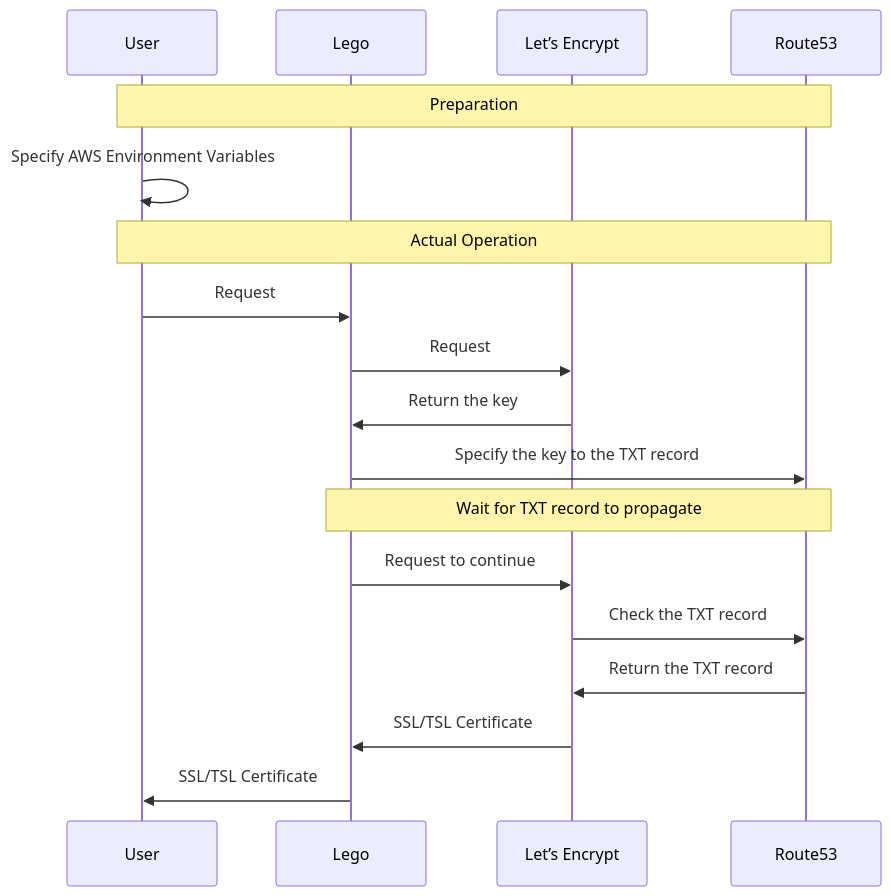
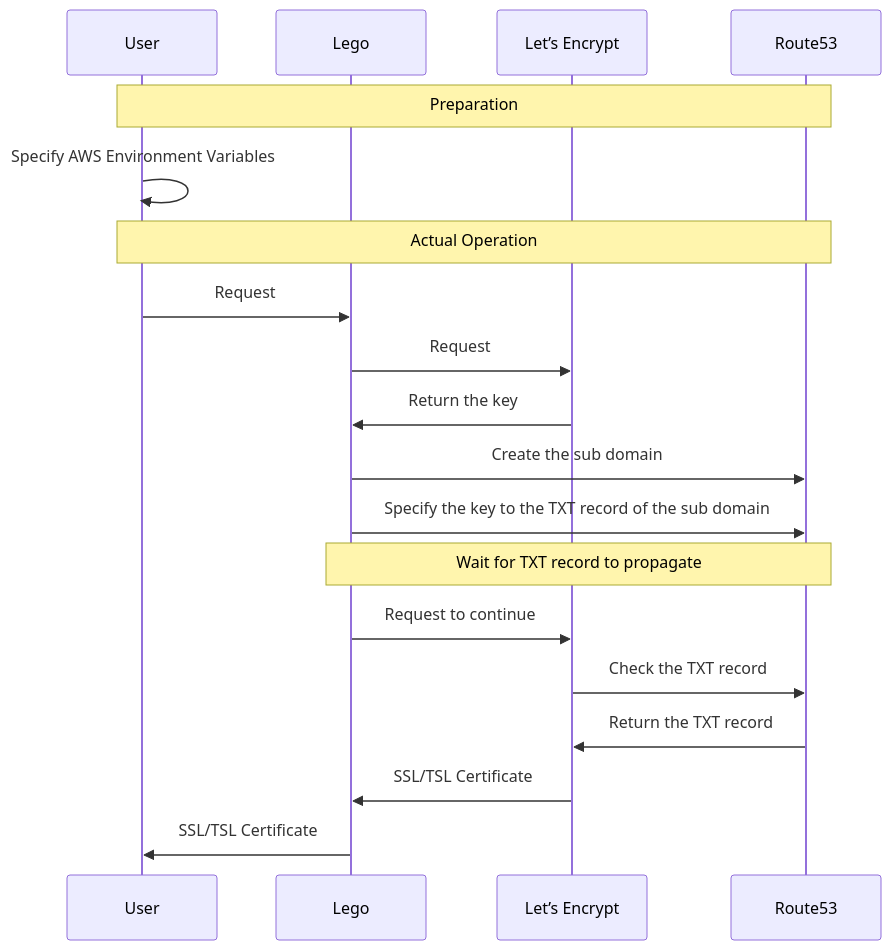
One commit to kazu634/blog changed the fourth of 4 diagrams in content/labs/infra/2019-04-14_how_to_use_Lego.md. Above: the diagram before and after it, drawn with Mermaid. The commit also changed other lines of this file, not shown here.

Commit message:
Add more detailed work flow

```diff
--- a/content/labs/infra/2019-04-14_how_to_use_Lego.md
+++ b/content/labs/infra/2019-04-14_how_to_use_Lego.md
@@ -186,22 +191,23 @@
 <div class="mermaid">
 sequenceDiagram
     participant User
     participant Lego
     participant Let’s Encrypt
     participant Route53
 
     note over User,Route53: Preparation
     User ->> User: Specify AWS Environment Variables
 
     note over User,Route53: Actual Operation
     User ->> Lego: Request
     Lego ->> Let’s Encrypt: Request
     Let’s Encrypt ->> Lego: Return the key
-    Lego ->> Route53: Specify the key to the TXT record
+    Lego ->> Route53: Create the sub domain
+    Lego ->> Route53: Specify the key to the TXT record of the sub domain
     note over Lego,Route53: Wait for TXT record to propagate
     Lego ->> Let’s Encrypt: Request to continue
     Let’s Encrypt ->> Route53: Check the TXT record
     Route53 ->> Let’s Encrypt: Return the TXT record
     Let’s Encrypt ->> Lego: SSL/TSL Certificate
     Lego ->> User: SSL/TSL Certificate
 </div>
```
